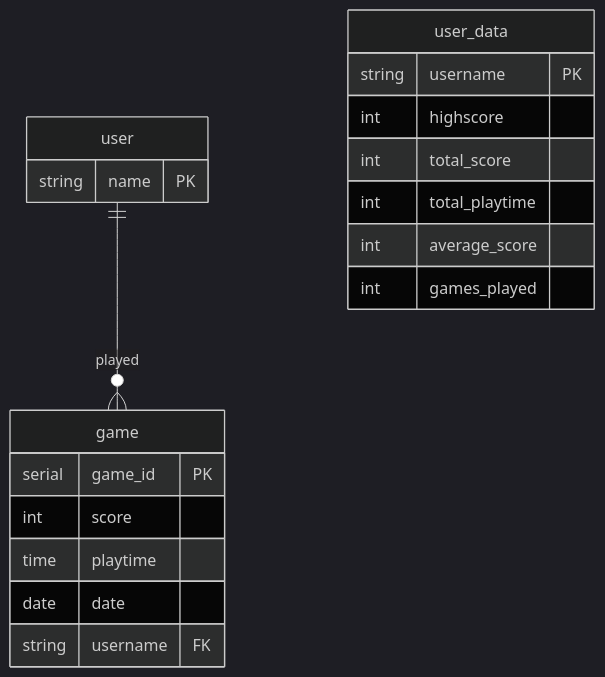
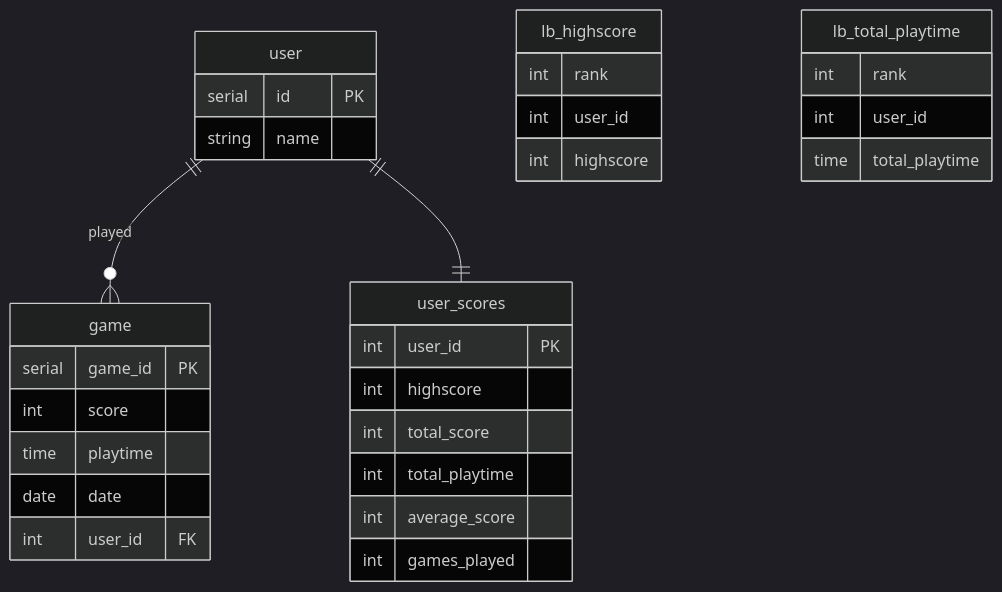
Before and after one commit to s-prechtl/RaspberryRocketeer: the diagram in backend/README.md, drawn with Mermaid (dark theme). The commit also changed other lines of this file and 2 other files, not shown here.

Commit message:
optimized schema

````diff
--- a/backend/README.md
+++ b/backend/README.md
@@ -3,25 +3,39 @@
 ```mermaid
 erDiagram
     user {
-        string name PK
+        serial id PK
+        string name
     }
 
     game {
         serial game_id PK
         int score
         time playtime
         date date
-        string username FK
+        int user_id FK
     }
 
-    user ||--O{ game : "played"
-
-    user_data {
-        string username PK
+    user_scores {
+        int user_id PK
         int highscore
         int total_score
         int total_playtime
         int average_score
         int games_played
     }
+    
+    lb_highscore {
+        int rank
+        int user_id
+        int highscore
+    }
+    
+    lb_total_playtime {
+        int rank
+        int user_id
+        time total_playtime
+    }
+    
+    user ||--O{ game : "played"
+    user ||--|| user_scores : ""
 ```
````
